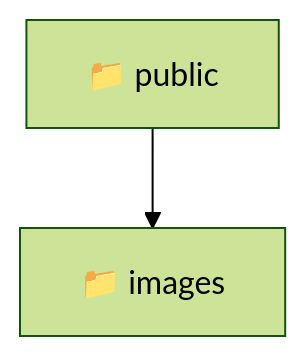
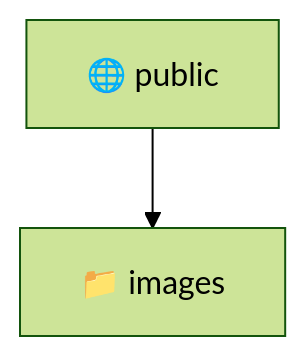
The diagram in frontend/public/README.md (beginwebdev2002/fullstack-mavluda), drawn with Mermaid (forest theme) before and after one commit. The commit also changed other lines of this file and 164 other files, not shown here.

````diff
--- a/frontend/public/README.md
+++ b/frontend/public/README.md
@@ -9,5 +9,5 @@
 ```mermaid
 graph TD
-  Root["📁 public"]
-  Root --> images["📁 images"]
+  Root_public["🌐 public"]
+  Root_public --> d_images["📁 images"]
 ```
````
